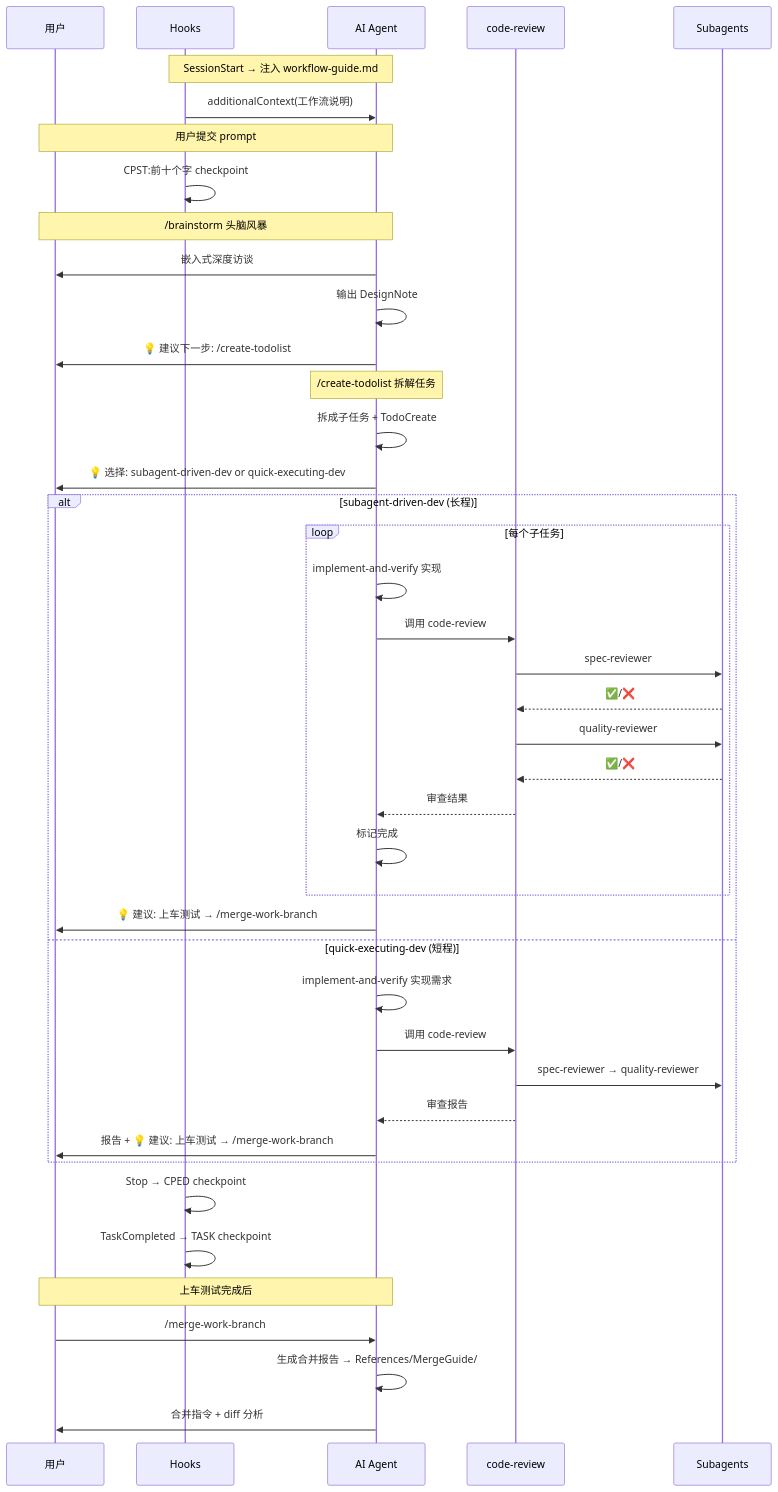
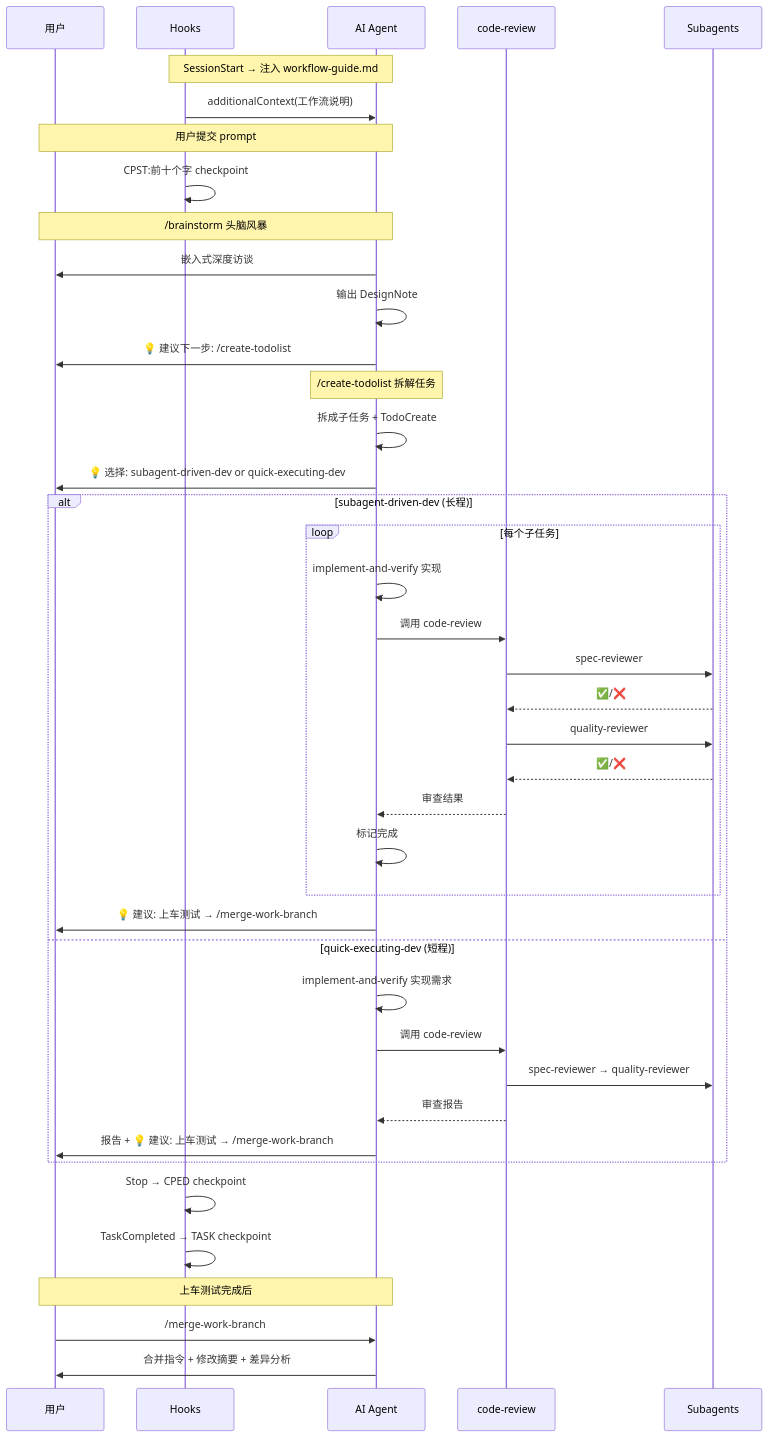
One commit to PatientPython/CHASSIS_Patience changed the second of 2 diagrams in References/PlanPrompt/utimate_plan.md. Above: the diagram before and after it, drawn with Mermaid. The commit also changed other lines of this file and 2 other files, not shown here.

Commit message:
CP: /merge-work-branch

````diff
--- a/References/PlanPrompt/utimate_plan.md
+++ b/References/PlanPrompt/utimate_plan.md
@@ -476,51 +475,50 @@
 ```mermaid
 sequenceDiagram
     participant U as 用户
     participant H as Hooks
     participant AI as AI Agent
     participant CR as code-review
     participant SA as Subagents
 
     Note over H,AI: SessionStart → 注入 workflow-guide.md
     H->>AI: additionalContext(工作流说明)
 
     Note over U,AI: 用户提交 prompt
     H->>H: CPST:前十个字 checkpoint
 
     Note over U,AI: /brainstorm 头脑风暴
     AI->>U: 嵌入式深度访谈
     AI->>AI: 输出 DesignNote
     AI->>U: 💡 建议下一步: /create-todolist
 
     Note over AI: /create-todolist 拆解任务
     AI->>AI: 拆成子任务 + TodoCreate
     AI->>U: 💡 选择: subagent-driven-dev or quick-executing-dev
 
     alt subagent-driven-dev (长程)
         loop 每个子任务
             AI->>AI: implement-and-verify 实现
             AI->>CR: 调用 code-review
             CR->>SA: spec-reviewer
             SA-->>CR: ✅/❌
             CR->>SA: quality-reviewer
             SA-->>CR: ✅/❌
             CR-->>AI: 审查结果
             AI->>AI: 标记完成
         end
         AI->>U: 💡 建议: 上车测试 → /merge-work-branch
     else quick-executing-dev (短程)
         AI->>AI: implement-and-verify 实现需求
         AI->>CR: 调用 code-review
         CR->>SA: spec-reviewer → quality-reviewer
         CR-->>AI: 审查报告
         AI->>U: 报告 + 💡 建议: 上车测试 → /merge-work-branch
     end
 
     H->>H: Stop → CPED checkpoint
     H->>H: TaskCompleted → TASK checkpoint
 
     Note over U,AI: 上车测试完成后
     U->>AI: /merge-work-branch
-    AI->>AI: 生成合并报告 → References/MergeGuide/
-    AI->>U: 合并指令 + diff 分析
+    AI->>U: 合并指令 + 修改摘要 + 差异分析
 ```
````
